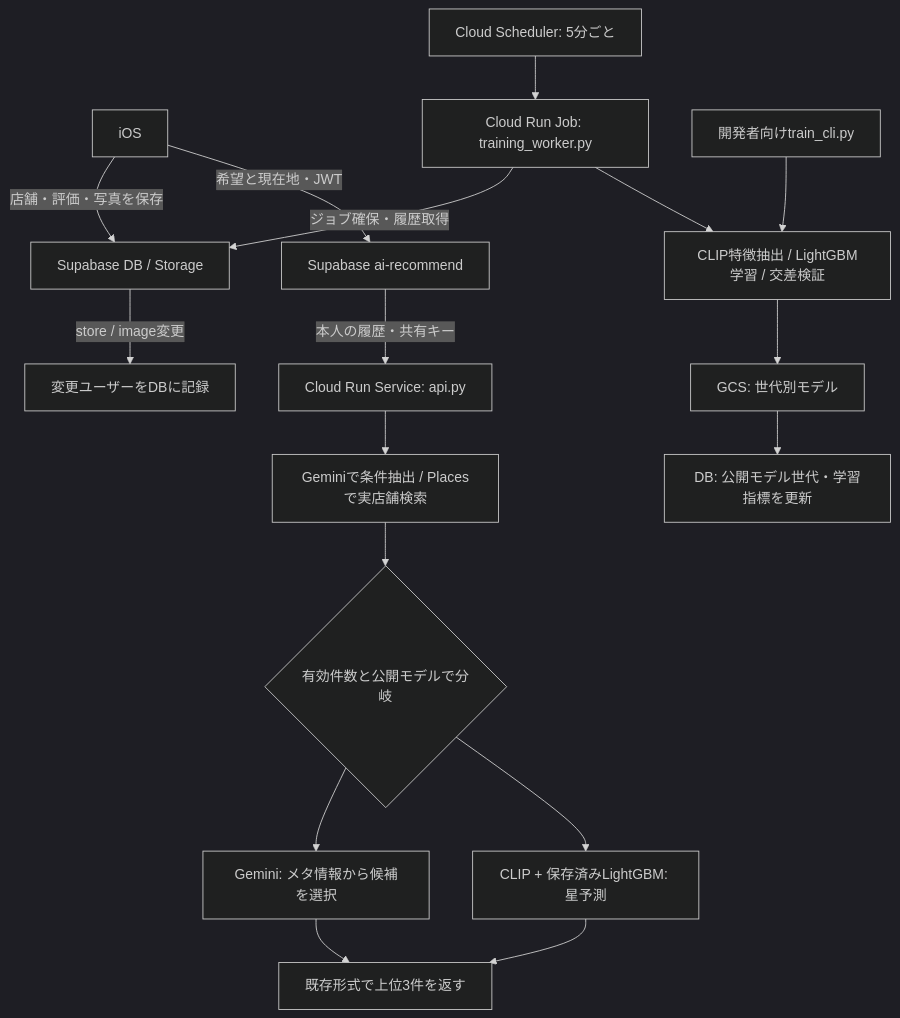
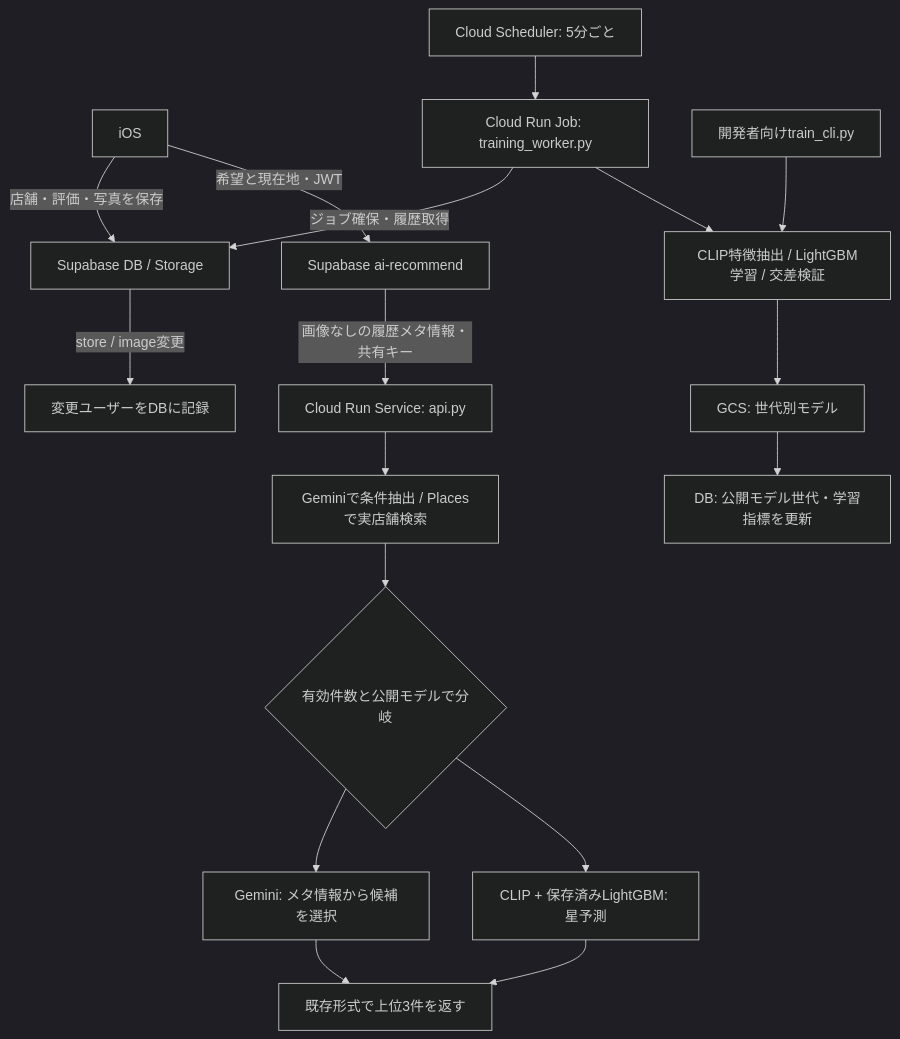
One commit to jphacks/tkb_2623 changed the diagram in mogumap_clip_lgbm/README.md. Above: the diagram before and after it, drawn with Mermaid (dark theme). The commit also changed other lines of this file and 9 other files, not shown here.

````diff
--- a/mogumap_clip_lgbm/README.md
+++ b/mogumap_clip_lgbm/README.md
@@ -426,19 +19,19 @@
 ```mermaid
 flowchart TD
     App[iOS] -->|店舗・評価・写真を保存| DB[Supabase DB / Storage]
     DB -->|store / image変更| Dirty[変更ユーザーをDBに記録]
     Scheduler[Cloud Scheduler: 5分ごと] --> Job[Cloud Run Job: training_worker.py]
     Job -->|ジョブ確保・履歴取得| DB
     Job --> Train[CLIP特徴抽出 / LightGBM学習 / 交差検証]
     Train --> GCS[GCS: 世代別モデル]
     GCS --> Publish[DB: 公開モデル世代・学習指標を更新]
     App -->|希望と現在地・JWT| Edge[Supabase ai-recommend]
-    Edge -->|本人の履歴・共有キー| API[Cloud Run Service: api.py]
+    Edge -->|画像なしの履歴メタ情報・共有キー| API[Cloud Run Service: api.py]
     API --> Places[Geminiで条件抽出 / Placesで実店舗検索]
     Places --> Route{有効件数と公開モデルで分岐}
     Route --> Simple[Gemini: メタ情報から候補を選択]
     Route --> ML[CLIP + 保存済みLightGBM: 星予測]
     Simple --> Result[既存形式で上位3件を返す]
     ML --> Result
     CLI[開発者向けtrain_cli.py] --> Train
 ```
````
